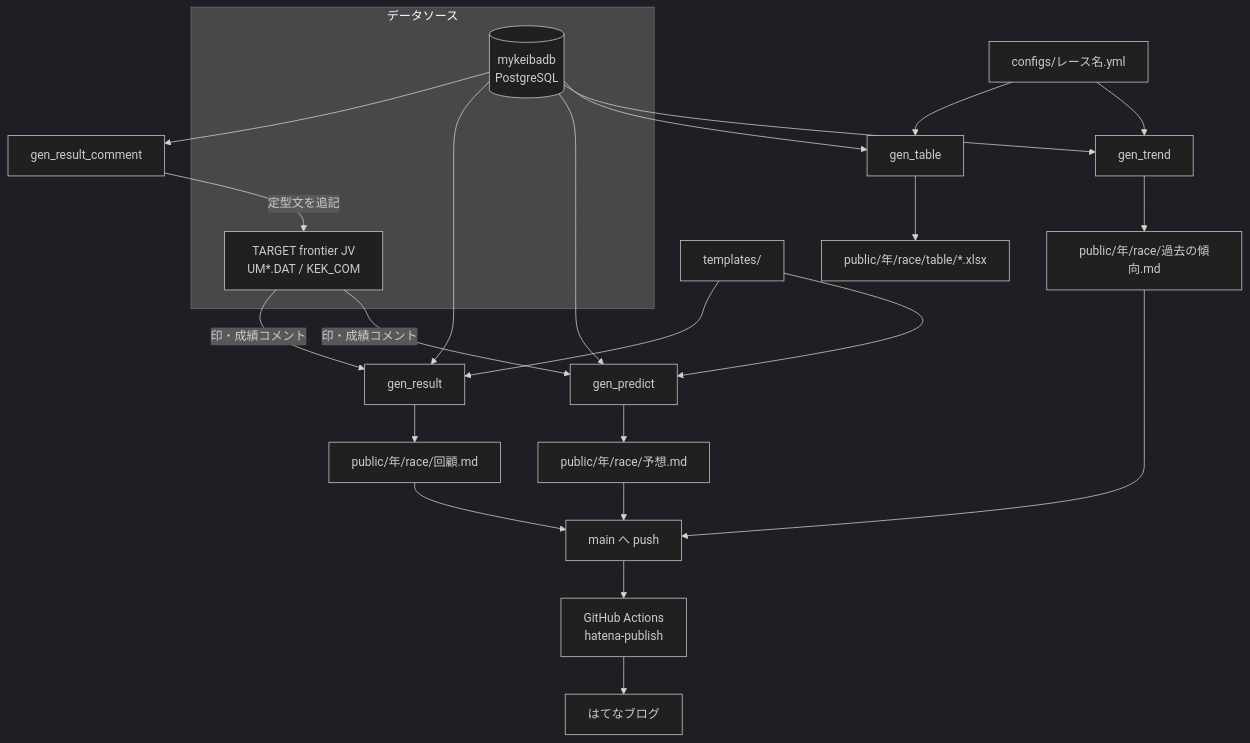
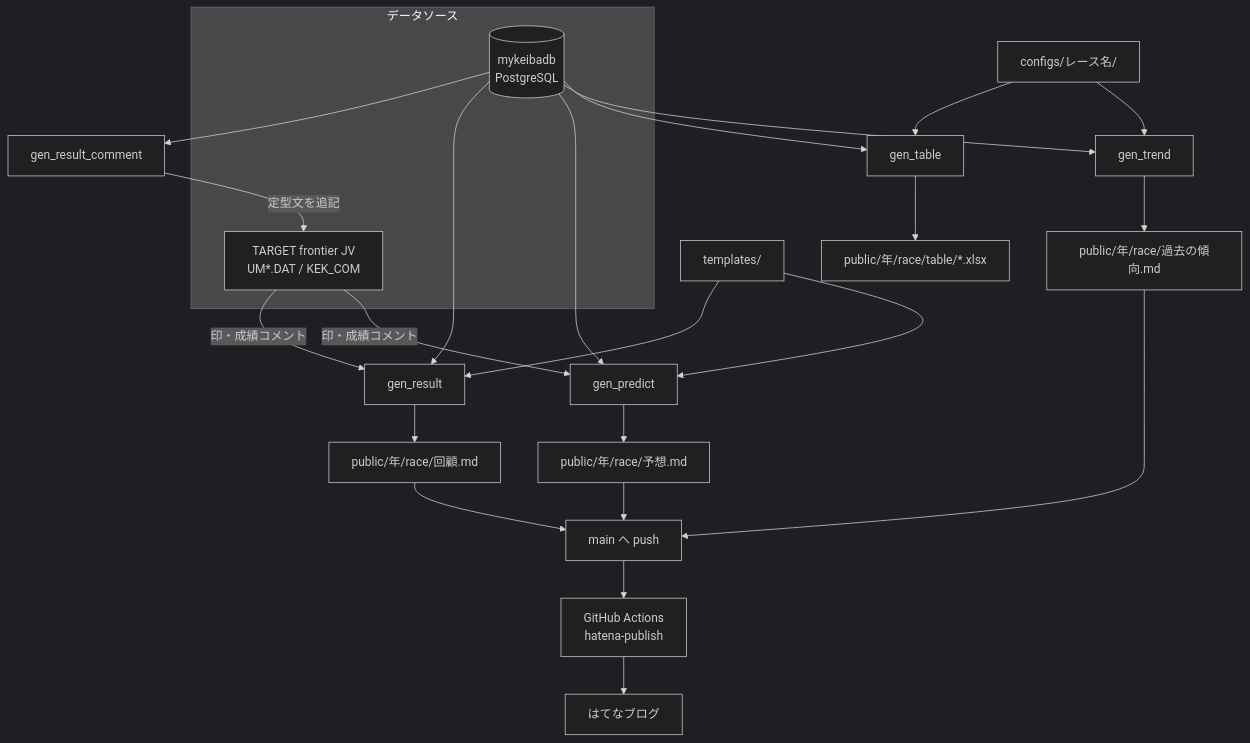
One commit to Kubo-Tech/g1-predict changed the diagram in docs/architecture.md. Above: the diagram before and after it, drawn with Mermaid (dark theme). The commit also changed other lines of this file and 22 other files, not shown here.

````diff
--- a/docs/architecture.md
+++ b/docs/architecture.md
@@ -36,36 +36,36 @@
 ```mermaid
 flowchart TD
     subgraph src[データソース]
         DB[(mykeibadb<br/>PostgreSQL)]
         TFJV[TARGET frontier JV<br/>UM*.DAT / KEK_COM]
     end
 
-    CFG[configs/レース名.yml]
+    CFG[configs/レース名/]
     TPL[templates/]
 
     DB --> GT[gen_trend]
     DB --> GTB[gen_table]
     DB --> GP[gen_predict]
     DB --> GR[gen_result]
     DB --> GRC[gen_result_comment]
 
     TFJV -- 印・成績コメント --> GP
     TFJV -- 印・成績コメント --> GR
     GRC -- 定型文を追記 --> TFJV
 
     CFG --> GT
     CFG --> GTB
     TPL --> GP
     TPL --> GR
 
     GT --> MD1[public/年/race/過去の傾向.md]
     GTB --> XLSX[public/年/race/table/*.xlsx]
     GP --> MD2[public/年/race/予想.md]
     GR --> MD3[public/年/race/回顧.md]
 
     MD1 --> PUSH[main へ push]
     MD2 --> PUSH
     MD3 --> PUSH
     PUSH --> GHA[GitHub Actions<br/>hatena-publish]
     GHA --> BLOG[はてなブログ]
 ```
````
